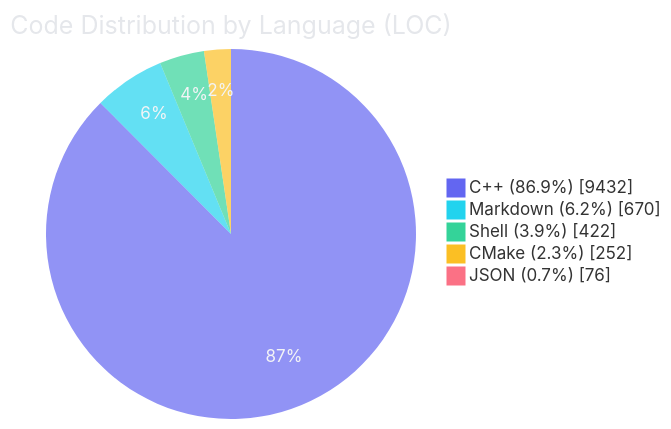
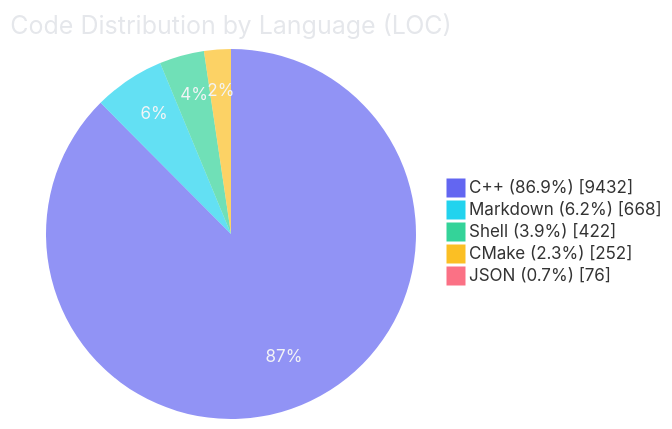
One commit to sublimit1736/term4k_sub changed the diagram in README.md. Above: the diagram before and after it, drawn with Mermaid. The commit also changed other lines of this file and 7 other files, not shown here.

````diff
--- a/README.md
+++ b/README.md
@@ -48,10 +49,10 @@
 ```mermaid
 %%{init: {'theme': 'base', 'themeVariables': {'fontFamily': 'Fira Code, JetBrains Mono, Source Code Pro, Cascadia Code, Menlo, Consolas, monospace', 'pieTitleTextColor': '#e5e7eb', 'pieSectionTextColor': '#f3f4f6', 'pieOuterStrokeColor': 'transparent', 'pieOuterStrokeWidth': '0px', 'pieStrokeColor': 'transparent', 'pieStrokeWidth': '0px', 'pie1': '#6366f1', 'pie2': '#22d3ee', 'pie3': '#34d399', 'pie4': '#fbbf24', 'pie5': '#fb7185', 'pie6': '#a78bfa'}}}%%
 pie showData
     title Code Distribution by Language (LOC)
     "C++ (86.9%)" : 9432
-    "Markdown (6.2%)" : 670
+    "Markdown (6.2%)" : 668
     "Shell (3.9%)" : 422
     "CMake (2.3%)" : 252
     "JSON (0.7%)" : 76
 ```
````
